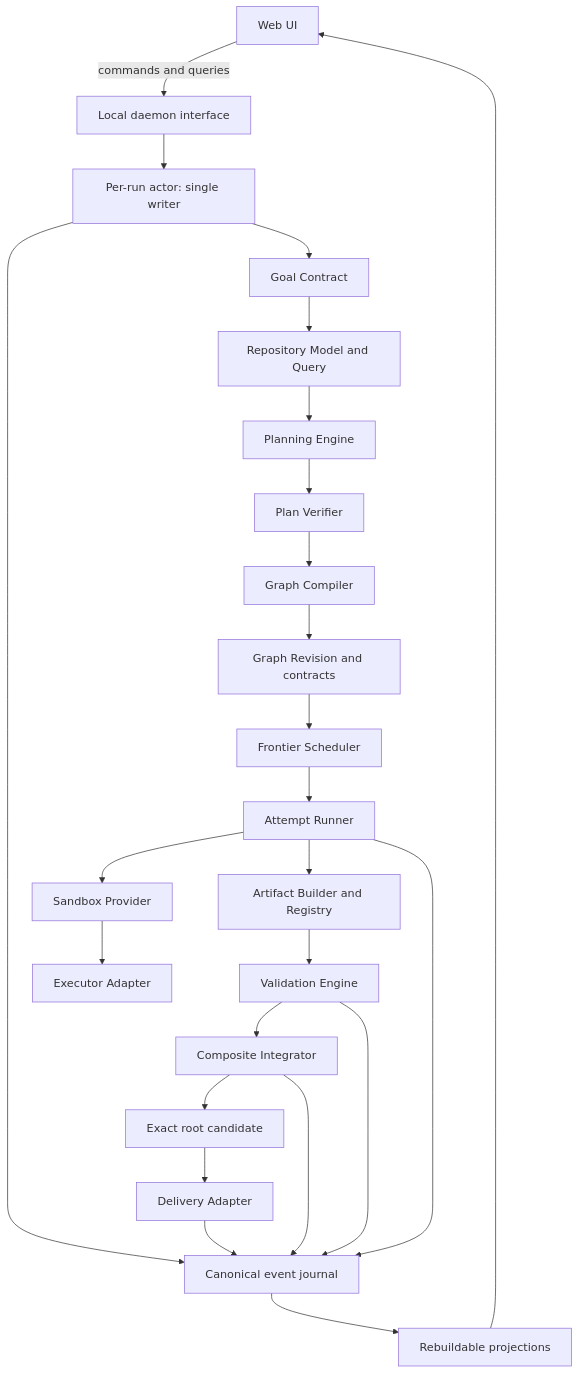
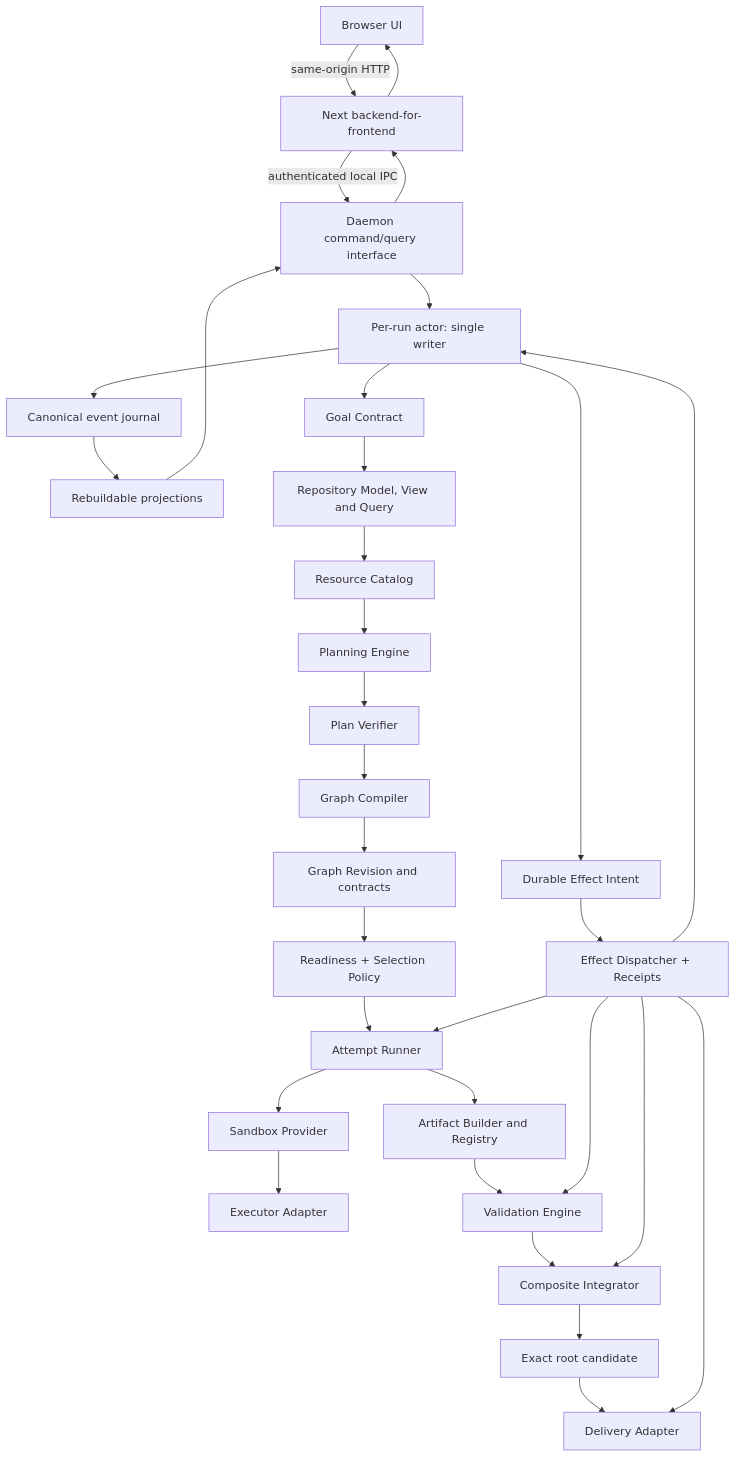
One commit to franclarke/Manyhands changed the diagram in docs/plans/2026-08-12-correctness-first-system-redesign.md. Above: the diagram before and after it, drawn with Mermaid. The commit also changed other lines of this file and 1 other file, not shown here.

Commit message:
docs: finalize correctness-first architecture review

````diff
--- a/docs/plans/2026-08-12-correctness-first-system-redesign.md
+++ b/docs/plans/2026-08-12-correctness-first-system-redesign.md
@@ -627,30 +853,37 @@
 ```mermaid
 flowchart TD
-    UI["Web UI"] -->|commands and queries| API["Local daemon interface"]
+    UI["Browser UI"] -->|same-origin HTTP| WEB["Next backend-for-frontend"]
+    WEB -->|authenticated local IPC| API["Daemon command/query interface"]
     API --> ACTOR["Per-run actor: single writer"]
     ACTOR --> EVENTS["Canonical event journal"]
     EVENTS --> PROJ["Rebuildable projections"]
-    PROJ --> UI
+    PROJ --> API
+    API --> WEB
+    WEB --> UI
 
     ACTOR --> GOAL["Goal Contract"]
-    GOAL --> MODEL["Repository Model and Query"]
-    MODEL --> PLAN["Planning Engine"]
+    GOAL --> MODEL["Repository Model, View and Query"]
+    MODEL --> CATALOG["Resource Catalog"]
+    CATALOG --> PLAN["Planning Engine"]
     PLAN --> VERIFY["Plan Verifier"]
     VERIFY --> COMPILER["Graph Compiler"]
     COMPILER --> GRAPH["Graph Revision and contracts"]
 
-    GRAPH --> SCHED["Frontier Scheduler"]
+    GRAPH --> SCHED["Readiness + Selection Policy"]
     SCHED --> ATTEMPT["Attempt Runner"]
     ATTEMPT --> SANDBOX["Sandbox Provider"]
     SANDBOX --> AGENT["Executor Adapter"]
     ATTEMPT --> ARTIFACTS["Artifact Builder and Registry"]
     ARTIFACTS --> VALIDATE["Validation Engine"]
     VALIDATE --> INTEGRATE["Composite Integrator"]
     INTEGRATE --> ROOT["Exact root candidate"]
     ROOT --> DELIVERY["Delivery Adapter"]
 
-    ATTEMPT --> EVENTS
-    VALIDATE --> EVENTS
-    INTEGRATE --> EVENTS
-    DELIVERY --> EVENTS
+    ACTOR --> INTENT["Durable Effect Intent"]
+    INTENT --> EFFECTS["Effect Dispatcher + Receipts"]
+    EFFECTS --> ATTEMPT
+    EFFECTS --> VALIDATE
+    EFFECTS --> INTEGRATE
+    EFFECTS --> DELIVERY
+    EFFECTS --> ACTOR
 ```
````
